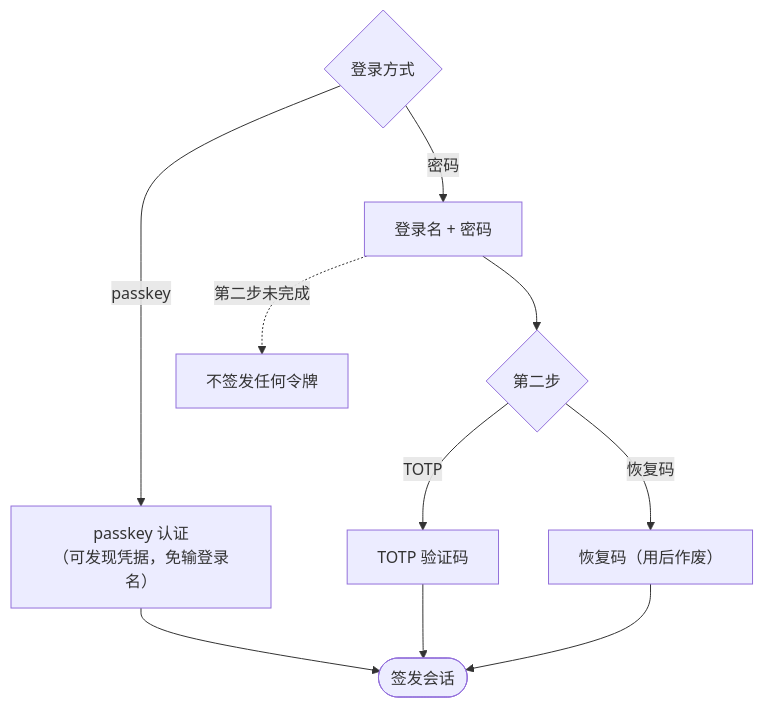
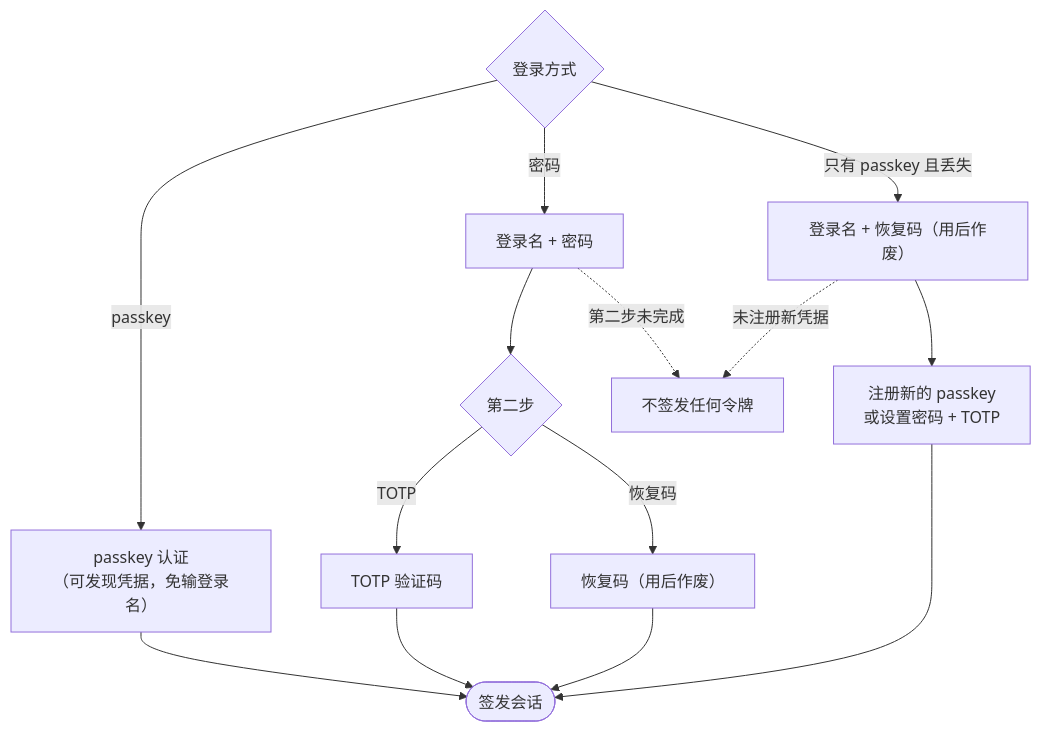
One commit to EatWell-Studio/OSFM changed the fifth of 7 diagrams in docs/architecture.md. Above: the diagram before and after it, drawn with Mermaid. The commit also changed other lines of this file and 48 other files, not shown here.

````diff
--- a/docs/architecture.md
+++ b/docs/architecture.md
@@ -152,13 +152,17 @@
 ```mermaid
 flowchart TD
     l0{"登录方式"}
     l0 -->|"passkey"| l1["passkey 认证<br/>（可发现凭据，免输登录名）"]
     l0 -->|"密码"| l2["登录名 + 密码"]
     l2 --> l3{"第二步"}
     l3 -->|"TOTP"| l4["TOTP 验证码"]
     l3 -->|"恢复码"| l5["恢复码（用后作废）"]
+    l0 -->|"只有 passkey 且丢失"| l6["登录名 + 恢复码（用后作废）"]
+    l6 --> l7["注册新的 passkey<br/>或设置密码 + TOTP"]
     l1 --> ok(["签发会话"])
     l4 --> ok
     l5 --> ok
+    l7 --> ok
     l2 -.->|"第二步未完成"| no["不签发任何令牌"]
+    l6 -.->|"未注册新凭据"| no
 ```
````
